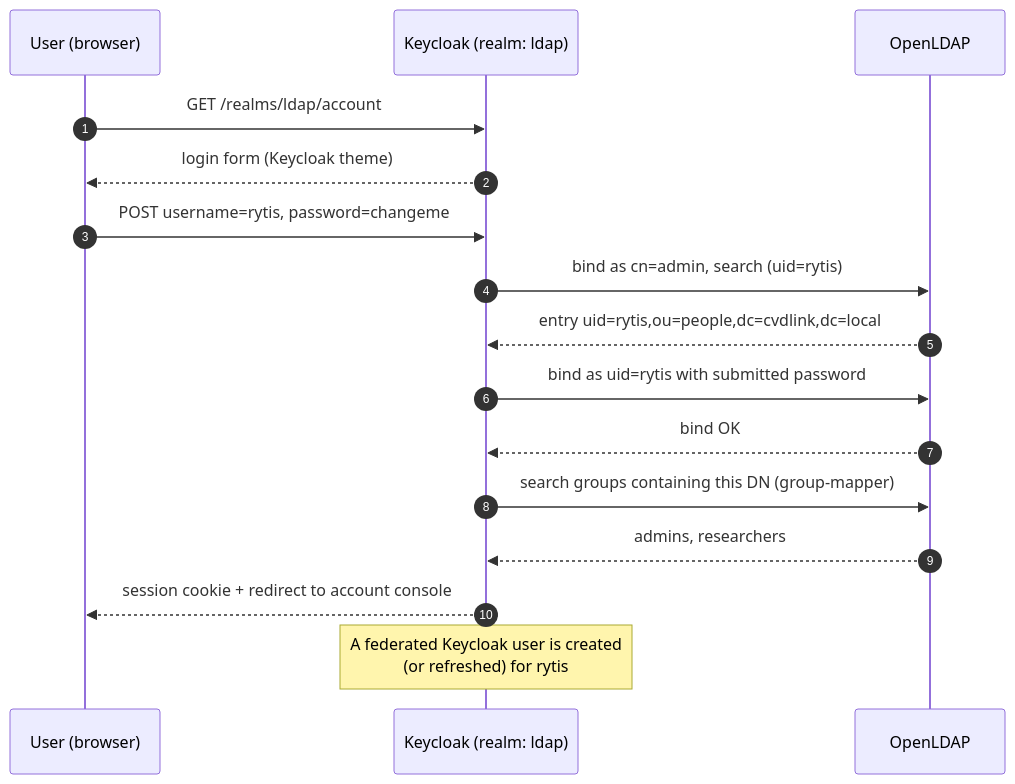
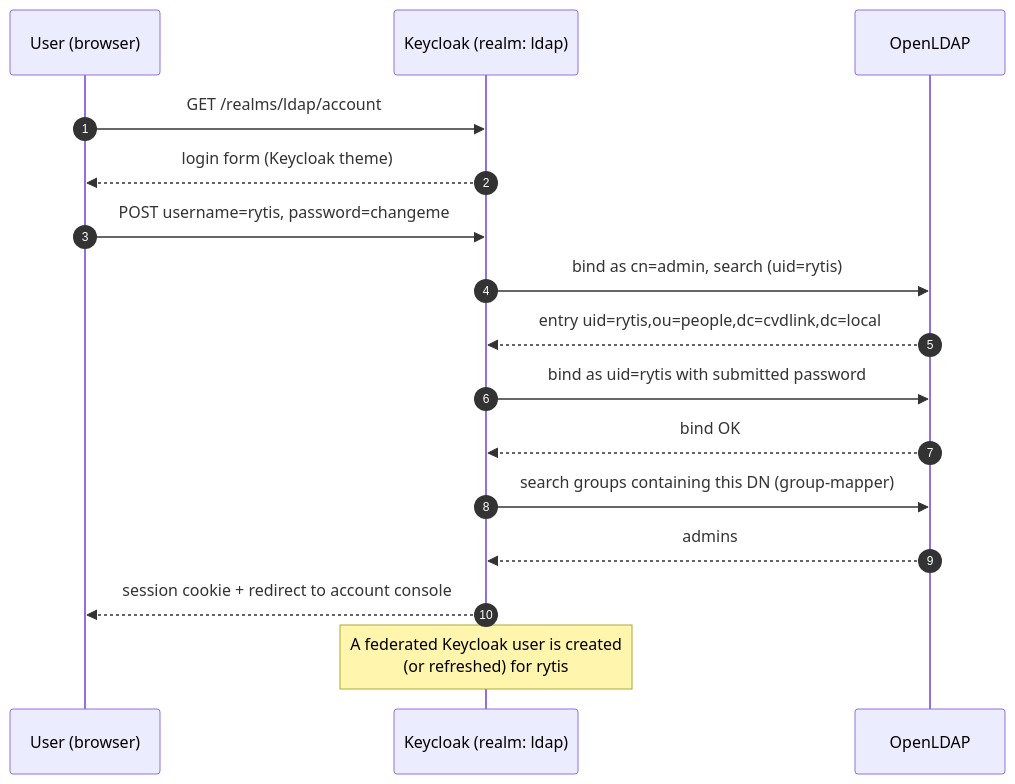
One commit to rytisss/keyclock_playground changed the second of 2 diagrams in docs/04-ldap.md. Above: the diagram before and after it, drawn with Mermaid. The commit also changed other lines of this file and 11 other files, not shown here.

````diff
--- a/docs/04-ldap.md
+++ b/docs/04-ldap.md
@@ -124,19 +124,19 @@
 ```mermaid
 sequenceDiagram
     autonumber
     participant U as User (browser)
     participant KC as Keycloak (realm: ldap)
     participant L as OpenLDAP
 
     U->>KC: GET /realms/ldap/account
     KC-->>U: login form (Keycloak theme)
     U->>KC: POST username=rytis, password=changeme
     KC->>L: bind as cn=admin, search (uid=rytis)
     L-->>KC: entry uid=rytis,ou=people,dc=cvdlink,dc=local
     KC->>L: bind as uid=rytis with submitted password
     L-->>KC: bind OK
     KC->>L: search groups containing this DN (group-mapper)
-    L-->>KC: admins, researchers
+    L-->>KC: admins
     KC-->>U: session cookie + redirect to account console
     Note over KC: A federated Keycloak user is created<br/>(or refreshed) for rytis
 ```
````
